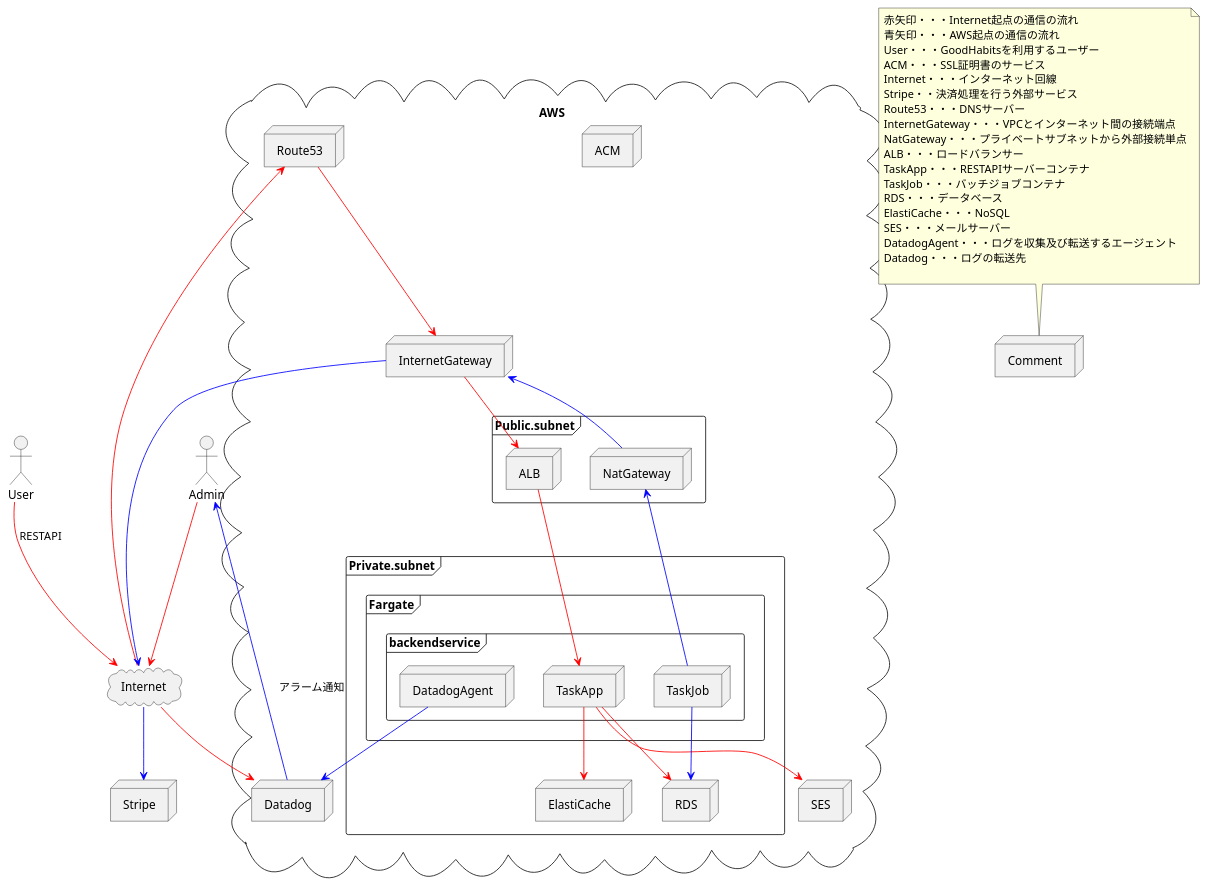
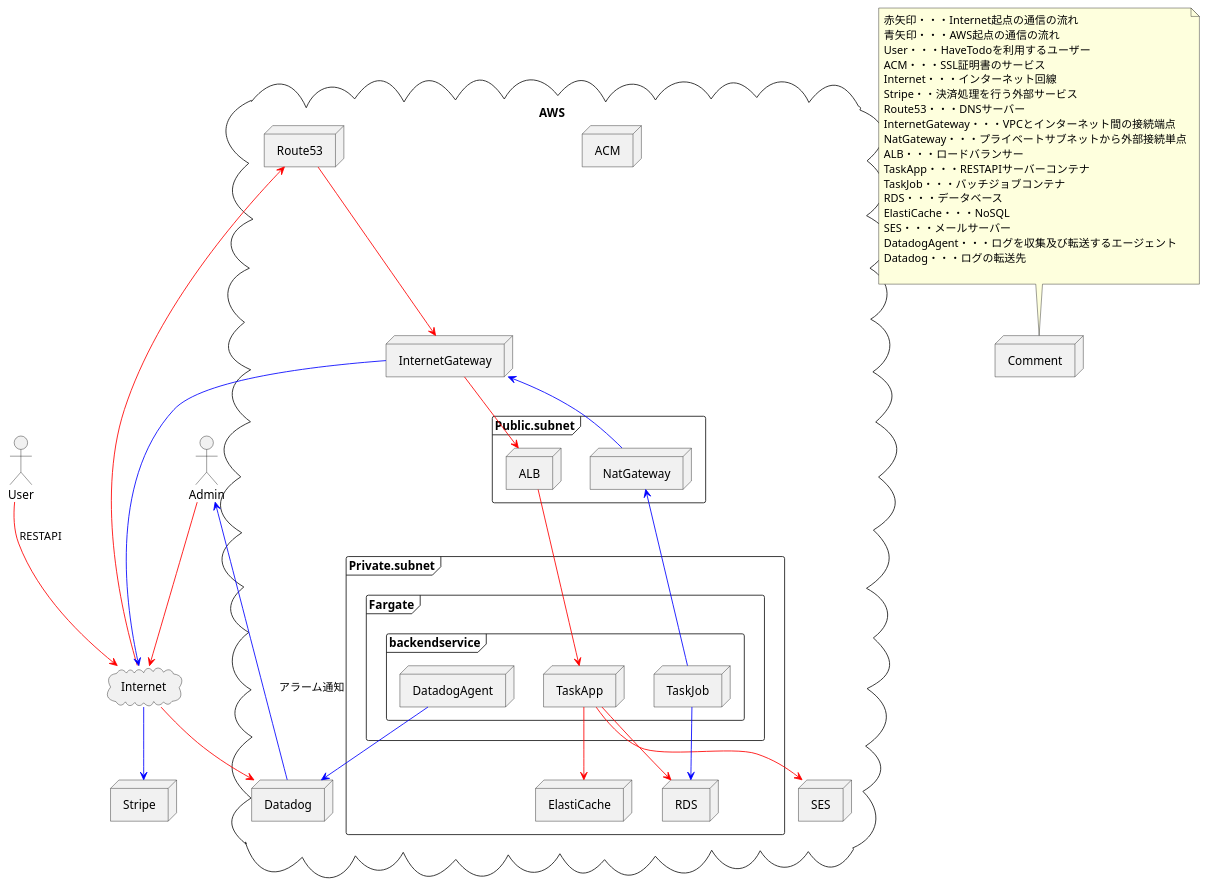
One commit to TAKAHIRO-03/GoodHabits_doc changed the first of 2 diagrams in 03_BD/bd.md. Above: the diagram before and after it, drawn with PlantUML. The commit also changed other lines of this file and 125 other files, not shown here.

Commit message:
GoodHabitsServer⇒HaveToDoServerにリネーム

````diff
--- a/03_BD/bd.md
+++ b/03_BD/bd.md
@@ -14,71 +14,71 @@
 ```plantuml
 actor User
 actor Admin
 cloud Internet
 node Stripe
 
 cloud AWS {
   node InternetGateway
   node ACM
   node Route53
   node Datadog
 
   frame Public.subnet {
     node ALB
     node NatGateway
   }
   frame Private.subnet {
     frame Fargate {
       frame backendservice {
         node TaskApp
         node TaskJob
         node DatadogAgent
       }
     }
     node RDS
     node ElastiCache
   }
   node SES
 }
 
 Admin --[#red]> Internet
 Internet --[#red]> Datadog
 User --[#red]> Internet: RESTAPI
 Internet --[#red]> Route53
 Route53 --[#red]> InternetGateway
 InternetGateway --[#red]> ALB
 ALB --[#red]> TaskApp
 TaskApp --[#red]> RDS
 TaskApp --[#red]> SES
 TaskApp --[#red]> ElastiCache
 TaskJob --[#blue]> RDS
 TaskJob --[#blue]> NatGateway
 NatGateway --[#blue]> InternetGateway
 InternetGateway --[#blue]> Internet
 Internet --[#blue]> Stripe
 DatadogAgent --[#blue]> Datadog
 Datadog --[#blue]> Admin: アラーム通知
 
 node Comment
 note top of Comment
 赤矢印・・・Internet起点の通信の流れ
 青矢印・・・AWS起点の通信の流れ
-User・・・GoodHabitsを利用するユーザー
+User・・・HaveTodoを利用するユーザー
 ACM・・・SSL証明書のサービス
 Internet・・・インターネット回線
 Stripe・・決済処理を行う外部サービス
 Route53・・・DNSサーバー
 InternetGateway・・・VPCとインターネット間の接続端点
 NatGateway・・・プライベートサブネットから外部接続単点
 ALB・・・ロードバランサー
 TaskApp・・・RESTAPIサーバーコンテナ
 TaskJob・・・バッチジョブコンテナ
 RDS・・・データベース
 ElastiCache・・・NoSQL
 SES・・・メールサーバー
 DatadogAgent・・・ログを収集及び転送するエージェント
 Datadog・・・ログの転送先
 
 end note
 
 ```
````
